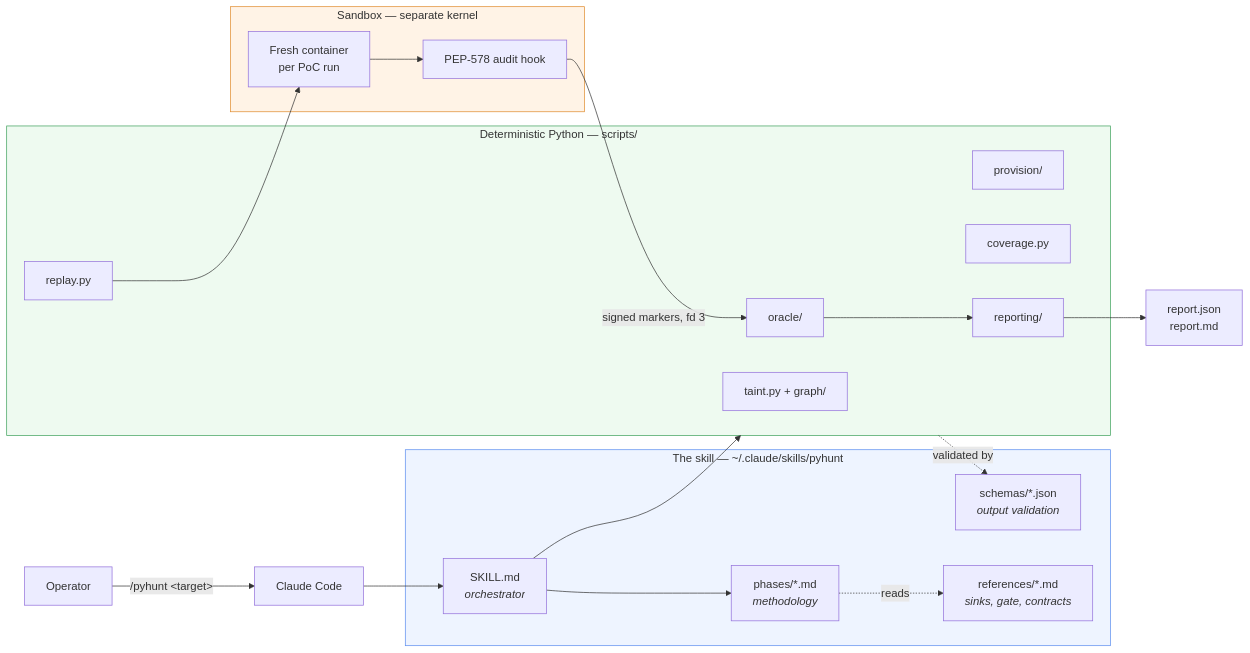
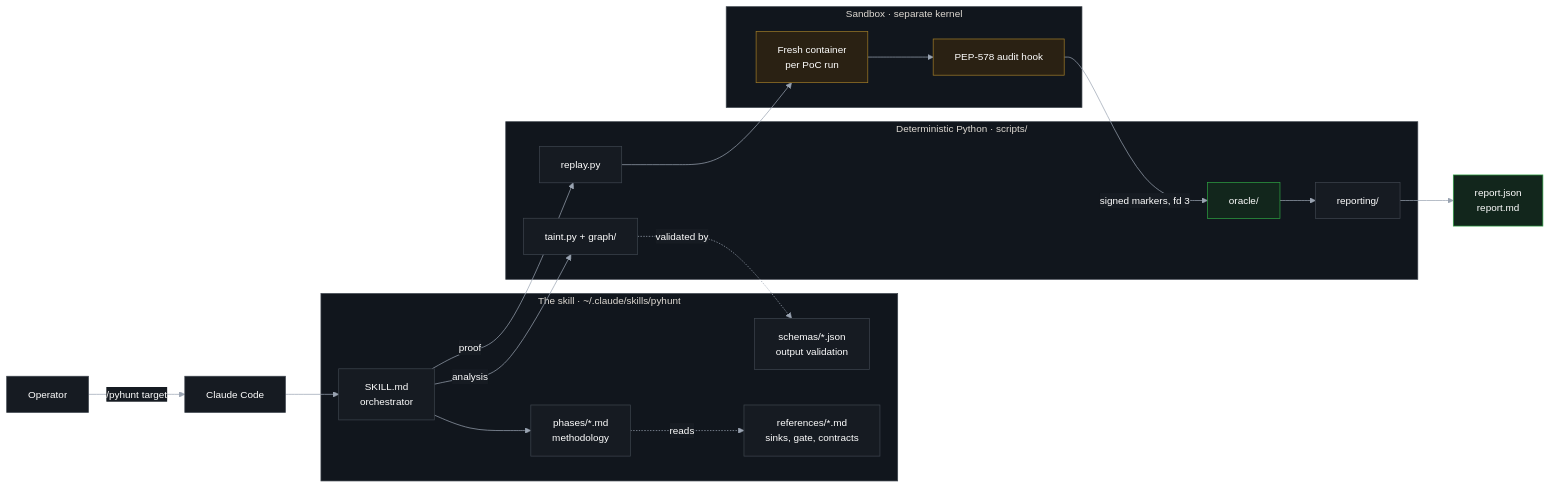
The first of 16 diagrams in docs/ARCHITECTURE.md (0xsharz/pyhunt), drawn with Mermaid before and after one commit. The commit also changed other lines of this file and 1 other file, not shown here.

````diff
--- a/docs/ARCHITECTURE.md
+++ b/docs/ARCHITECTURE.md
@@ -31,41 +31,44 @@
 ```mermaid
+%%{init: {"theme":"base","themeVariables":{"background":"#0d1117","primaryColor":"#161b22","primaryTextColor":"#ffffff","primaryBorderColor":"#3d444d","lineColor":"#9aa4b2","secondaryColor":"#1c2128","tertiaryColor":"#21262d","mainBkg":"#161b22","textColor":"#ffffff","nodeTextColor":"#ffffff","edgeLabelBackground":"#161b22","clusterBkg":"#11161d","clusterBorder":"#3d444d","fontSize":"14px"}}}%%
 flowchart LR
-    OP["Operator"] -->|"/pyhunt &lt;target&gt;"| CC["Claude Code"]
+    OP["Operator"] -->|"/pyhunt target"| CC["Claude Code"]
 
-    subgraph SKILL["The skill — ~/.claude/skills/pyhunt"]
-        SM["SKILL.md<br/><i>orchestrator</i>"]
-        PHM["phases/*.md<br/><i>methodology</i>"]
-        REF["references/*.md<br/><i>sinks, gate, contracts</i>"]
-        SCH["schemas/*.json<br/><i>output validation</i>"]
+    subgraph SKILL["The skill · ~/.claude/skills/pyhunt"]
+        SM["SKILL.md<br/>orchestrator"]
+        PHM["phases/*.md<br/>methodology"]
+        REF["references/*.md<br/>sinks, gate, contracts"]
+        SCH["schemas/*.json<br/>output validation"]
     end
 
-    subgraph DET["Deterministic Python — scripts/"]
+    subgraph DET["Deterministic Python · scripts/"]
         TA["taint.py + graph/"]
-        PR["provision/"]
         RP["replay.py"]
         OC["oracle/"]
-        CV["coverage.py"]
         RB["reporting/"]
     end
 
-    subgraph SBX["Sandbox — separate kernel"]
+    subgraph SBX["Sandbox · separate kernel"]
         CT["Fresh container<br/>per PoC run"]
         AH["PEP-578 audit hook"]
     end
 
     CC --> SM
     SM --> PHM
-    SM --> DET
+    SM -->|"analysis"| TA
+    SM -->|"proof"| RP
     PHM -.reads.-> REF
-    DET -.validated by.-> SCH
+    TA -.validated by.-> SCH
 
     RP --> CT
     CT --> AH
     AH -->|"signed markers, fd 3"| OC
     OC --> RB
     RB --> OUT["report.json<br/>report.md"]
 
-    style SKILL fill:#eef4ff,stroke:#5b8def
-    style DET fill:#eefaf0,stroke:#3fa15c
-    style SBX fill:#fff3e6,stroke:#e08c2e
+    classDef base fill:#161b22,stroke:#3d444d,color:#ffffff
+    classDef run fill:#2a2113,stroke:#9e7b28,color:#ffffff
+    classDef good fill:#12261c,stroke:#2ea043,color:#ffffff
+    class OP,CC,SM,PHM,REF,SCH,TA,RP,RB base
+    class CT,AH run
+    class OC,OUT good
 ```
````
